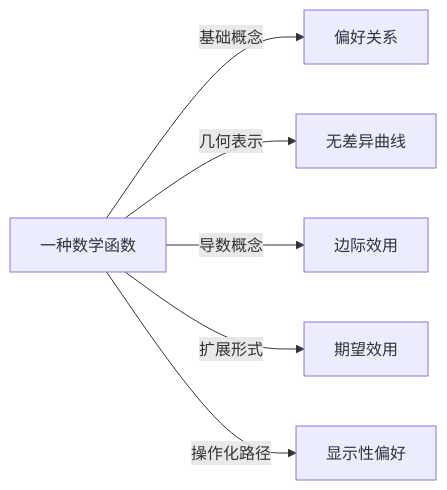
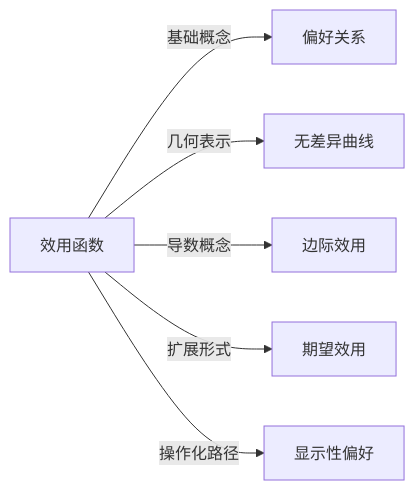
One commit to KIMMCHOW/MyKnowledge changed the diagram in Knowledge/Concepts/经济/效用函数.md. Above: the diagram before and after it, drawn with Mermaid. The commit also changed 96 other files, not shown here.

Commit message:
fix: 修复概念页关系图节点并补齐缺失关联

````diff
--- a/Knowledge/Concepts/经济/效用函数.md
+++ b/Knowledge/Concepts/经济/效用函数.md
@@ -45,8 +45,8 @@
 ```mermaid
 graph LR
-    一种数学函数 -->|基础概念| 偏好关系
-    一种数学函数 -->|几何表示| 无差异曲线
-    一种数学函数 -->|导数概念| 边际效用
-    一种数学函数 -->|扩展形式| 期望效用
-    一种数学函数 -->|操作化路径| 显示性偏好
+效用函数 -->|基础概念| 偏好关系
+效用函数 -->|几何表示| 无差异曲线
+效用函数 -->|导数概念| 边际效用
+效用函数 -->|扩展形式| 期望效用
+效用函数 -->|操作化路径| 显示性偏好
 ```
````
